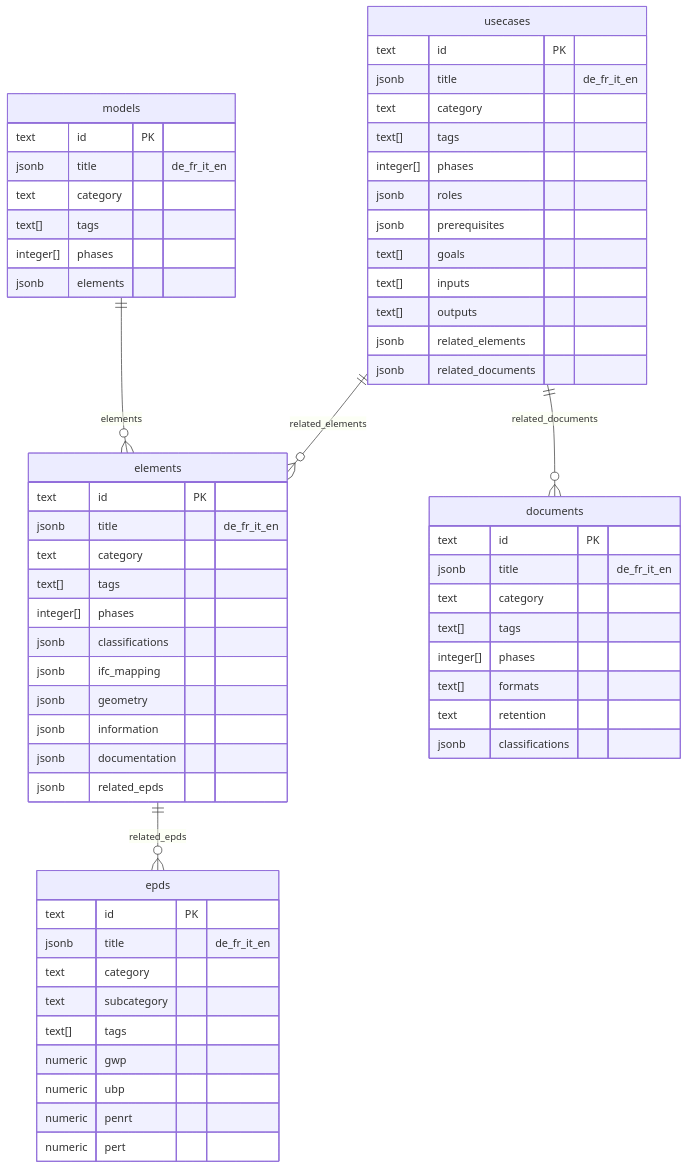
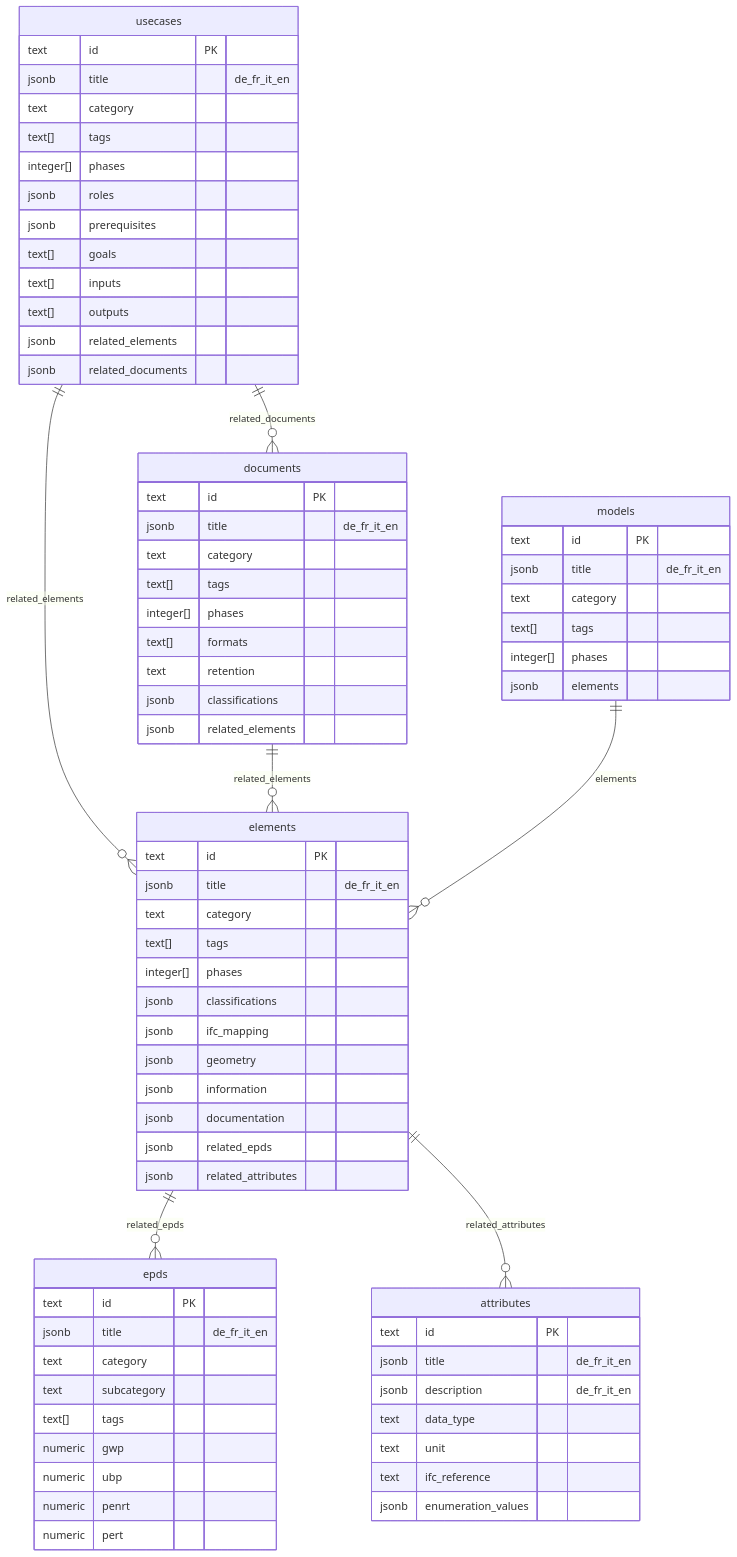
Before and after one commit to davras5/kbob-fdk: the diagram in documentation/DATAMODEL.md, drawn with Mermaid. The commit also changed other lines of this file, not shown here.

Commit message:
Add attributes table and documents→elements relationship
- Add new `attributes` table for reusable property definitions
  (length, fire rating, material, building storey, etc.)
- Add `elements.related_attributes` relationship
- Add `documents.related_elements` relationship
- Update Core Tables to include attributes
- Update note: both EPD and attributes are phase-neutral reference data

````diff
--- a/documentation/DATAMODEL.md
+++ b/documentation/DATAMODEL.md
@@ -37,68 +40,82 @@
 ```mermaid
 erDiagram
     usecases ||--o{ elements : "related_elements"
     usecases ||--o{ documents : "related_documents"
     elements ||--o{ epds : "related_epds"
+    elements ||--o{ attributes : "related_attributes"
+    documents ||--o{ elements : "related_elements"
     models ||--o{ elements : "elements"
 
     elements {
         text id PK
         jsonb title "de_fr_it_en"
         text category
         text[] tags
         integer[] phases
         jsonb classifications
         jsonb ifc_mapping
         jsonb geometry
         jsonb information
         jsonb documentation
         jsonb related_epds
+        jsonb related_attributes
+    }
+
+    attributes {
+        text id PK
+        jsonb title "de_fr_it_en"
+        jsonb description "de_fr_it_en"
+        text data_type
+        text unit
+        text ifc_reference
+        jsonb enumeration_values
     }
 
     documents {
         text id PK
         jsonb title "de_fr_it_en"
         text category
         text[] tags
         integer[] phases
         text[] formats
         text retention
         jsonb classifications
+        jsonb related_elements
     }
 
     usecases {
         text id PK
         jsonb title "de_fr_it_en"
         text category
         text[] tags
         integer[] phases
         jsonb roles
         jsonb prerequisites
         text[] goals
         text[] inputs
         text[] outputs
         jsonb related_elements
         jsonb related_documents
     }
 
     models {
         text id PK
         jsonb title "de_fr_it_en"
         text category
         text[] tags
         integer[] phases
         jsonb elements
     }
 
     epds {
         text id PK
         jsonb title "de_fr_it_en"
         text category
         text subcategory
         text[] tags
         numeric gwp
         numeric ubp
         numeric penrt
         numeric pert
     }
 ```
````
